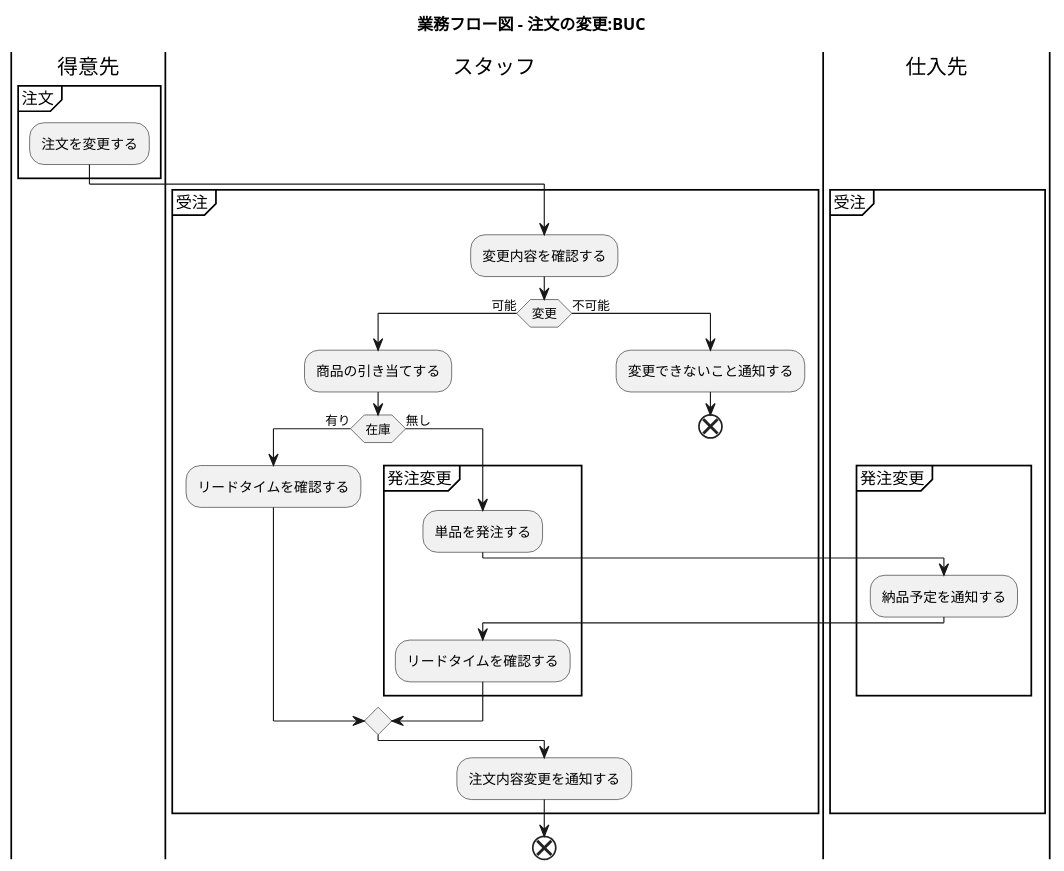
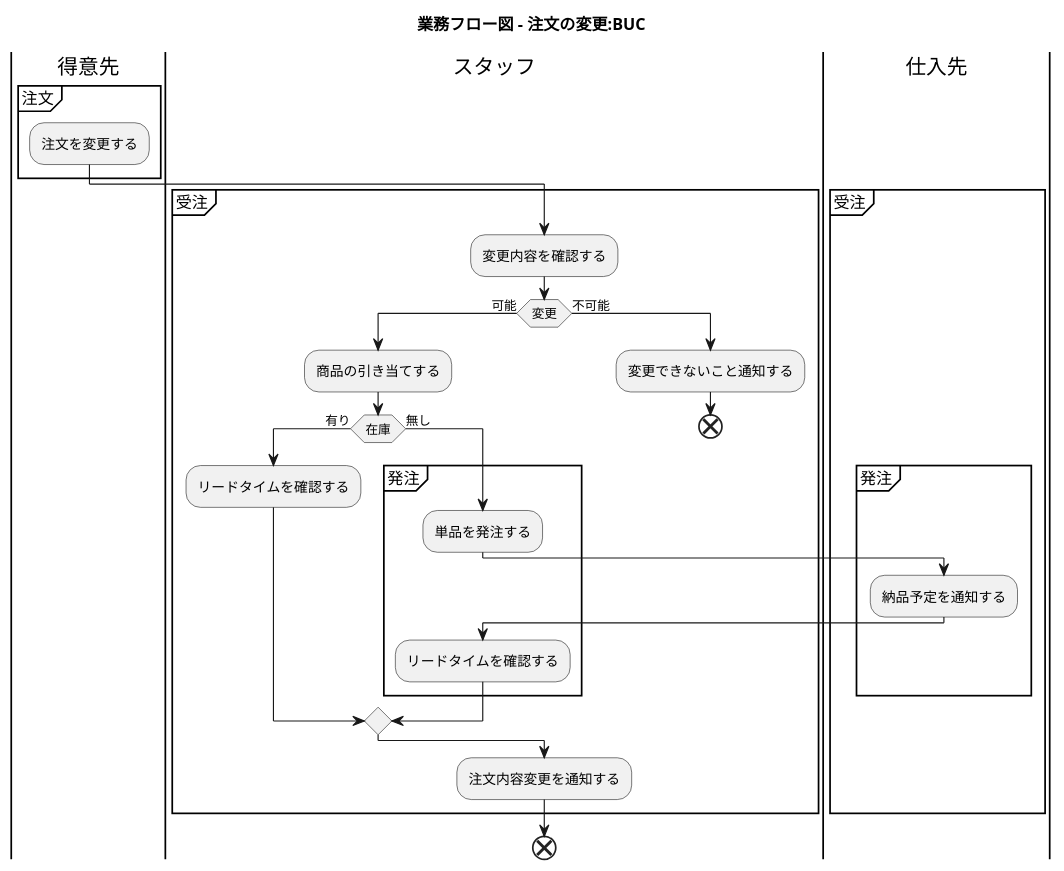
The ninth of 49 diagrams in docs/index.adoc (k2works/application_programing_excercise_2022), drawn with PlantUML before and after one commit.

Commit message:
docs: 業務フロー

```diff
--- a/docs/index.adoc
+++ b/docs/index.adoc
@@ -363,37 +363,37 @@
 [plantuml]
 ----
 @startuml
 
 title 業務フロー図 - 注文の変更:BUC
 
 |得意先|
 partition 注文 {
 :注文を変更する;
 }
 partition 受注 {
     |スタッフ|
     :変更内容を確認する;
     if (変更) then (可能)
      |スタッフ|
      :商品の引き当てする;
      if (在庫) then (有り)
       :リードタイムを確認する;
      else (無し)
-      partition 発注変更 {
+      partition 発注 {
           :単品を発注する;
           |仕入先|
           :納品予定を通知する;
           |スタッフ|
           :リードタイムを確認する;
       }
      endif
     else (不可能)
      :変更できないこと通知する;
      end
     endif
     :注文内容変更を通知する;
 }
 end
 
 @enduml
 ----
```
